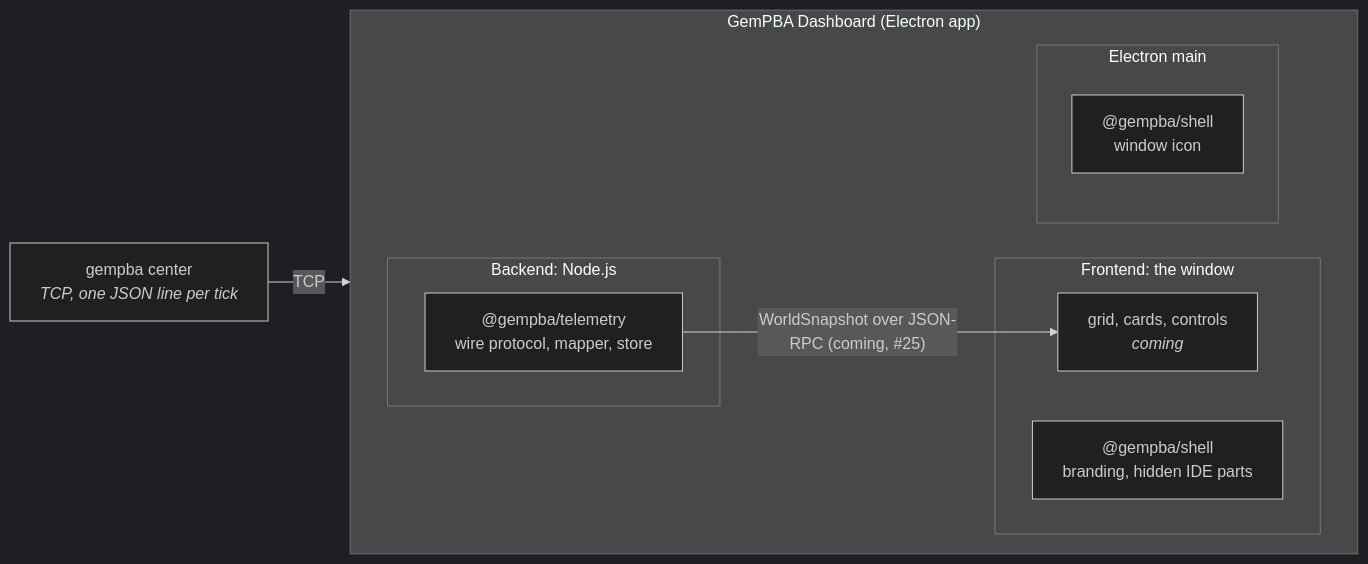
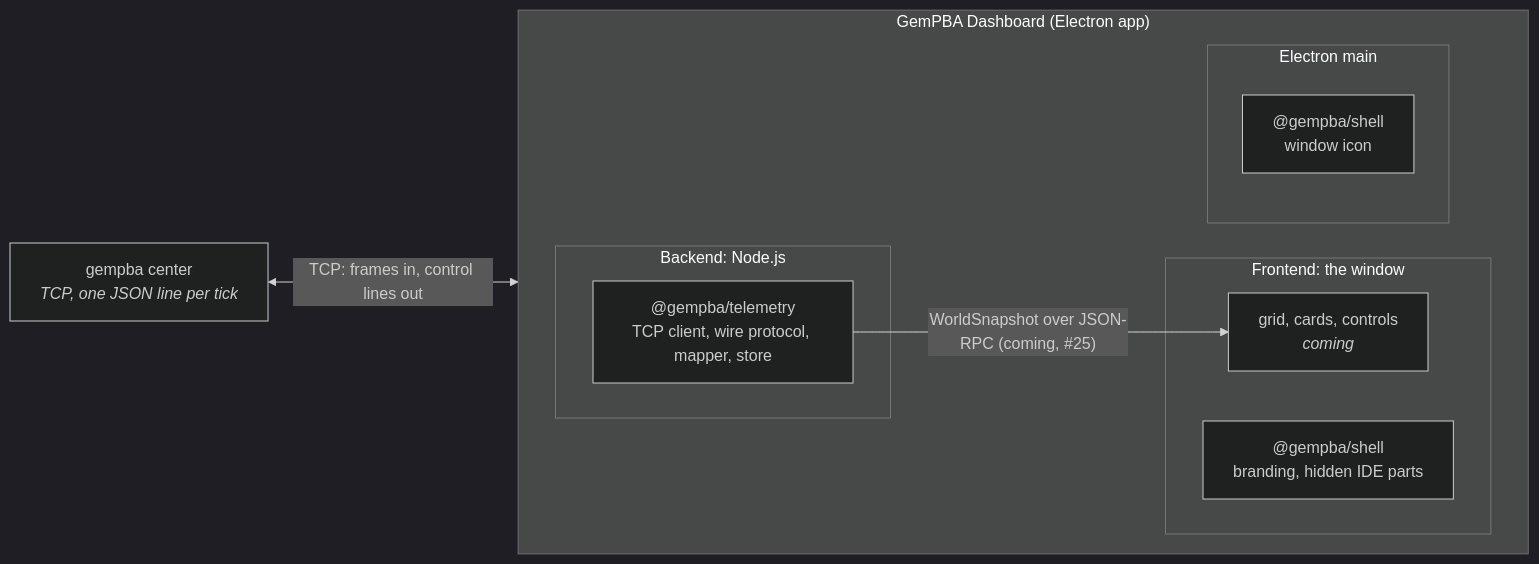
Before and after one commit to rapastranac/gempba-dashboard: the first of 2 diagrams in ARCHITECTURE.md, drawn with Mermaid (dark theme). The commit also changed other lines of this file, not shown here.

Commit message:
#24 Document the TCP client and the mock emitter in ARCHITECTURE.md

````diff
--- a/ARCHITECTURE.md
+++ b/ARCHITECTURE.md
@@ -33,19 +33,19 @@
 ```mermaid
 flowchart LR
     gempba["gempba center<br/><i>TCP, one JSON line per tick</i>"]
     subgraph app["GemPBA Dashboard (Electron app)"]
         direction LR
         subgraph backend["Backend: Node.js"]
-            telemetry["@gempba/telemetry<br/>wire protocol, mapper, store"]
+            telemetry["@gempba/telemetry<br/>TCP client, wire protocol, mapper, store"]
         end
         subgraph frontend["Frontend: the window"]
             shellUi["@gempba/shell<br/>branding, hidden IDE parts"]
             views["grid, cards, controls<br/><i>coming</i>"]
         end
         subgraph main["Electron main"]
             shellMain["@gempba/shell<br/>window icon"]
         end
     end
-    gempba -->|TCP| telemetry
+    gempba <-->|"TCP: frames in, control lines out"| telemetry
     telemetry -->|"WorldSnapshot over JSON-RPC (coming, #25)"| views
 ```
````
